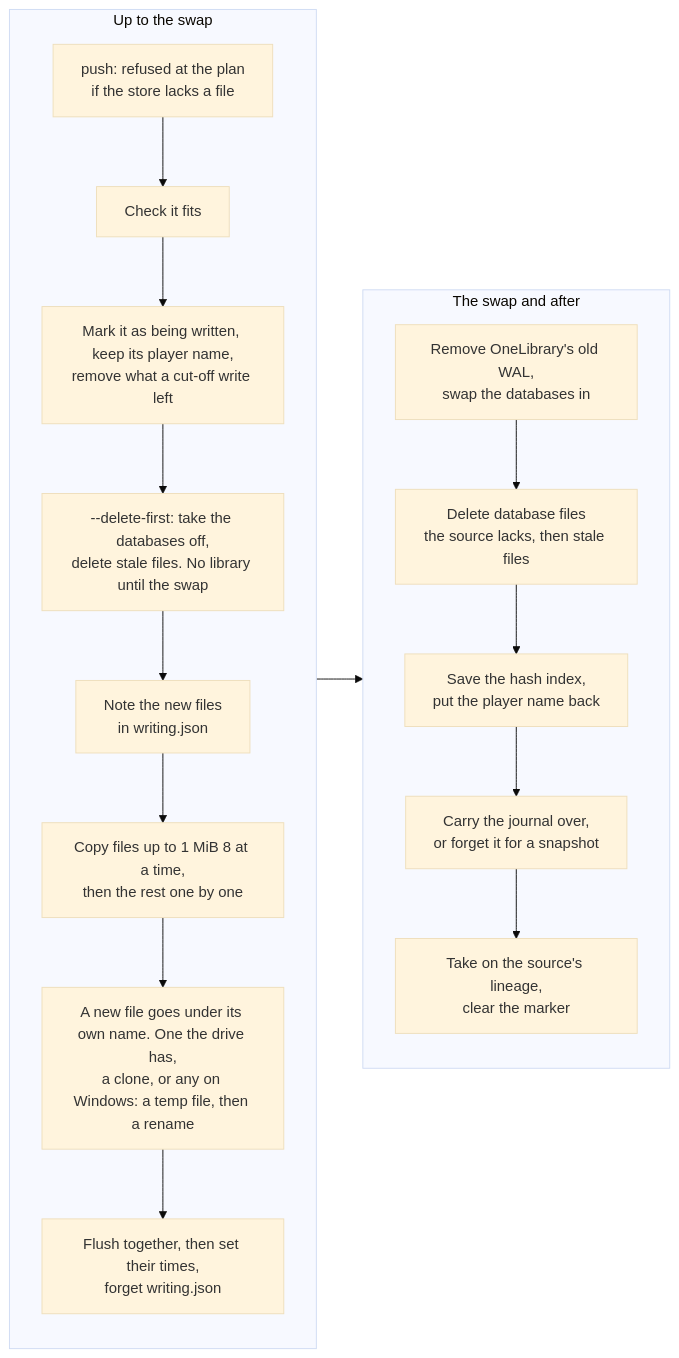
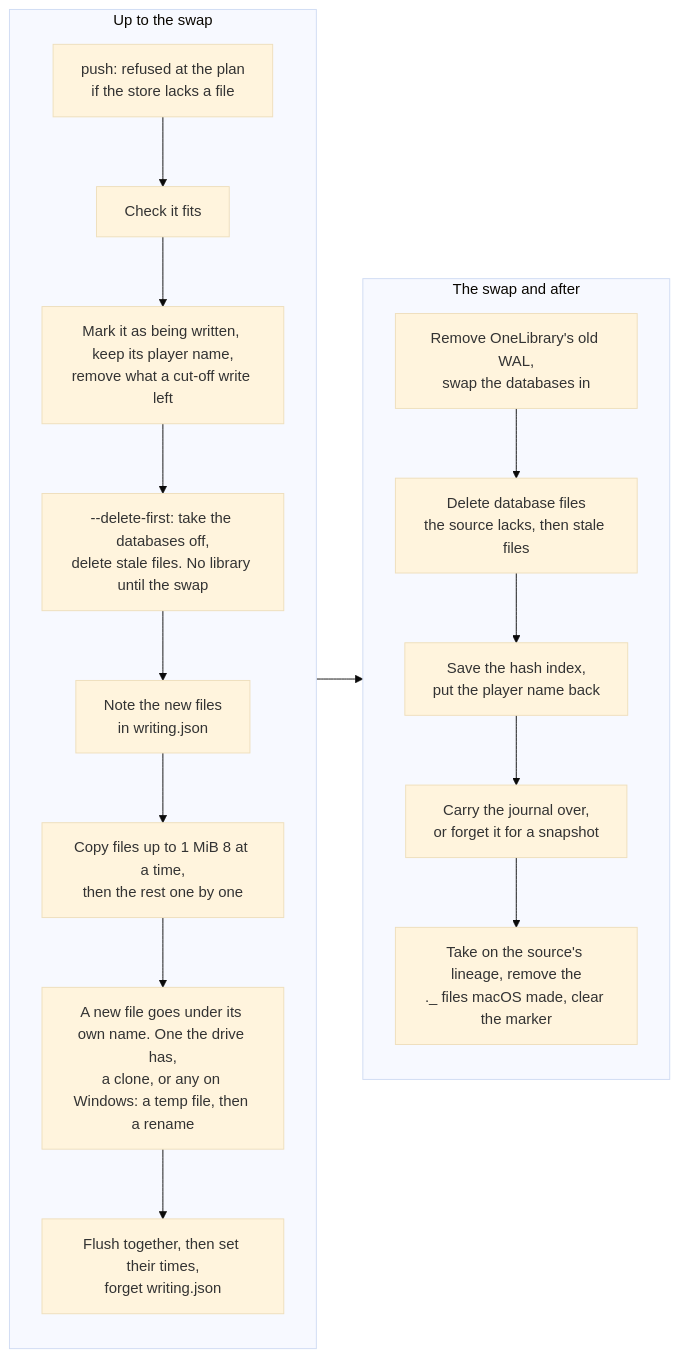
One commit to cutenode/localnetwork changed the fourth of 19 diagrams in apps/locallibrary/docs/diagrams/changing-drives.md. Above: the diagram before and after it, drawn with Mermaid (base theme). The commit also changed other lines of this file and 13 other files, not shown here.

````diff
--- a/apps/locallibrary/docs/diagrams/changing-drives.md
+++ b/apps/locallibrary/docs/diagrams/changing-drives.md
@@ -118,21 +118,21 @@
 ```mermaid
 flowchart LR
     subgraph before["Up to the swap"]
         direction TB
         stored["push: refused at the plan<br/>if the store lacks a file"] --> fits["Check it fits"]
         fits --> marker["Mark it as being written, keep its player name,<br/>remove what a cut-off write left"]
         marker --> early["--delete-first: take the databases off,<br/>delete stale files. No library until the swap"]
         early --> note["Note the new files<br/>in writing.json"]
         note --> copy["Copy files up to 1 MiB 8 at a time,<br/>then the rest one by one"]
         copy --> newfile["A new file goes under its own name. One the drive has,<br/>a clone, or any on Windows: a temp file, then a rename"]
         newfile --> flush["Flush together, then set their times,<br/>forget writing.json"]
     end
     subgraph after["The swap and after"]
         direction TB
         swap["Remove OneLibrary's old WAL,<br/>swap the databases in"] --> delete["Delete database files<br/>the source lacks, then stale files"]
         delete --> index["Save the hash index,<br/>put the player name back"]
         index --> carry["Carry the journal over,<br/>or forget it for a snapshot"]
-        carry --> lineage["Take on the source's lineage,<br/>clear the marker"]
+        carry --> lineage["Take on the source's lineage, remove the<br/>._ files macOS made, clear the marker"]
     end
     before --> after
 ```
````
